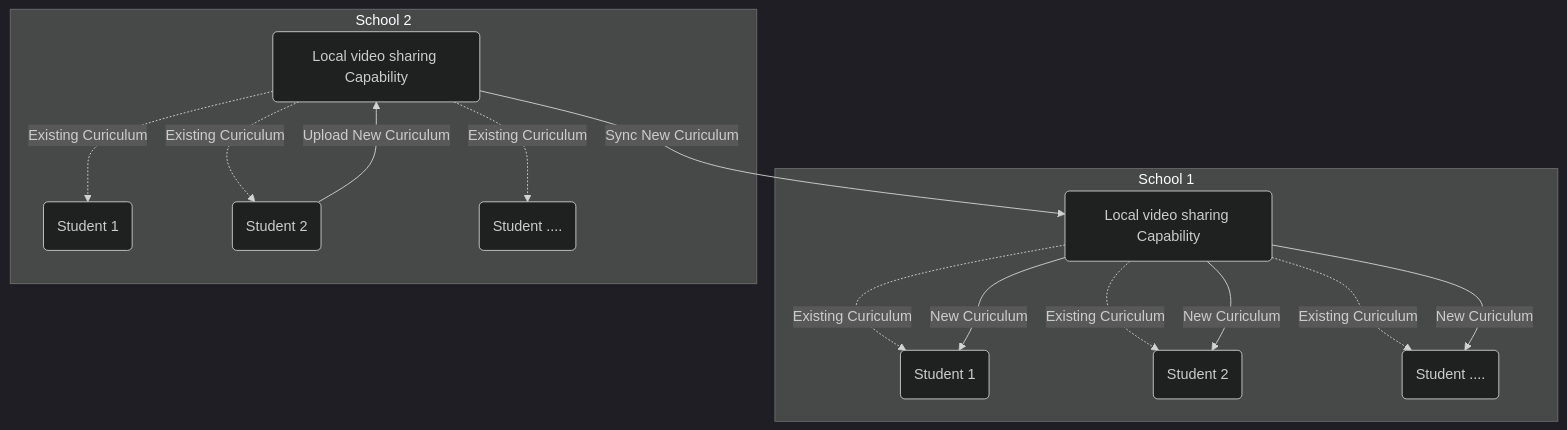
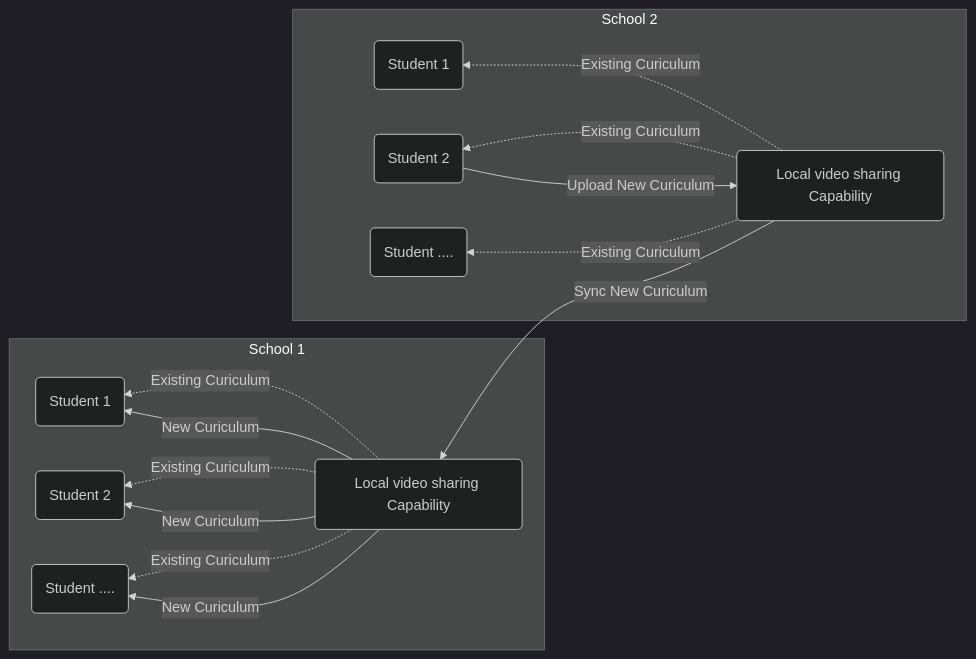
Before and after one commit to ourworldventures/ourworld_books_OLD: the third of 3 diagrams in content/feasibility_study/Capabilities/education.md, drawn with Mermaid (dark theme).

Commit message:
new content + branch

````diff
--- a/content/feasibility_study/Capabilities/education.md
+++ b/content/feasibility_study/Capabilities/education.md
@@ -112,29 +112,29 @@
 ```mermaid
-graph TD
+graph RL
 
 subgraph School 1
     VIDEOPLATFORMA(Local video sharing Capability)
     STUDENTA1(Student 1)
     STUDENTA2(Student 2)
     STUDENTAN(Student ....)
     VIDEOPLATFORMA .->|Existing Curiculum| STUDENTA1(Student 1)
     VIDEOPLATFORMA .->|Existing Curiculum| STUDENTA2(Student 2)
     VIDEOPLATFORMA .->|Existing Curiculum| STUDENTAN(Student ....)
 end
 
 subgraph School 2
     VIDEOPLATFORMB(Local video sharing Capability)
     STUDENTB1(Student 1)
     STUDENTB2(Student 2)
     STUDENTBN(Student ....)
     VIDEOPLATFORMB .->|Existing Curiculum| STUDENTB1(Student 1)
     VIDEOPLATFORMB .->|Existing Curiculum| STUDENTB2(Student 2)
     VIDEOPLATFORMB .->|Existing Curiculum| STUDENTBN(Student ....)
 
     STUDENTB2 -->|Upload New Curiculum| VIDEOPLATFORMB
     VIDEOPLATFORMB -->|Sync New Curiculum| VIDEOPLATFORMA
     VIDEOPLATFORMA -->|New Curiculum| STUDENTA1(Student 1)
     VIDEOPLATFORMA -->|New Curiculum| STUDENTA2(Student 2)
     VIDEOPLATFORMA -->|New Curiculum| STUDENTAN(Student ....)
 end 
 ```
````
